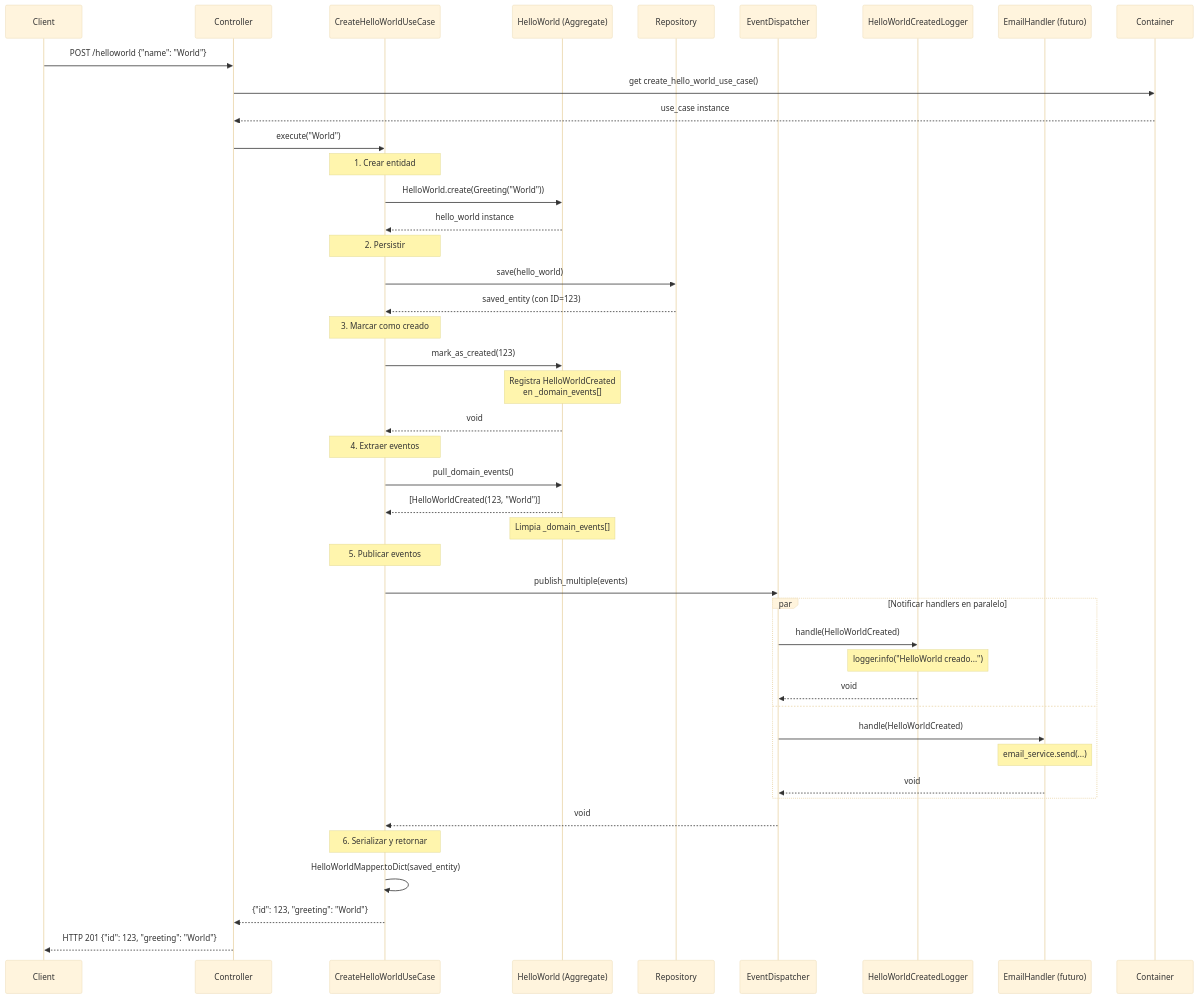
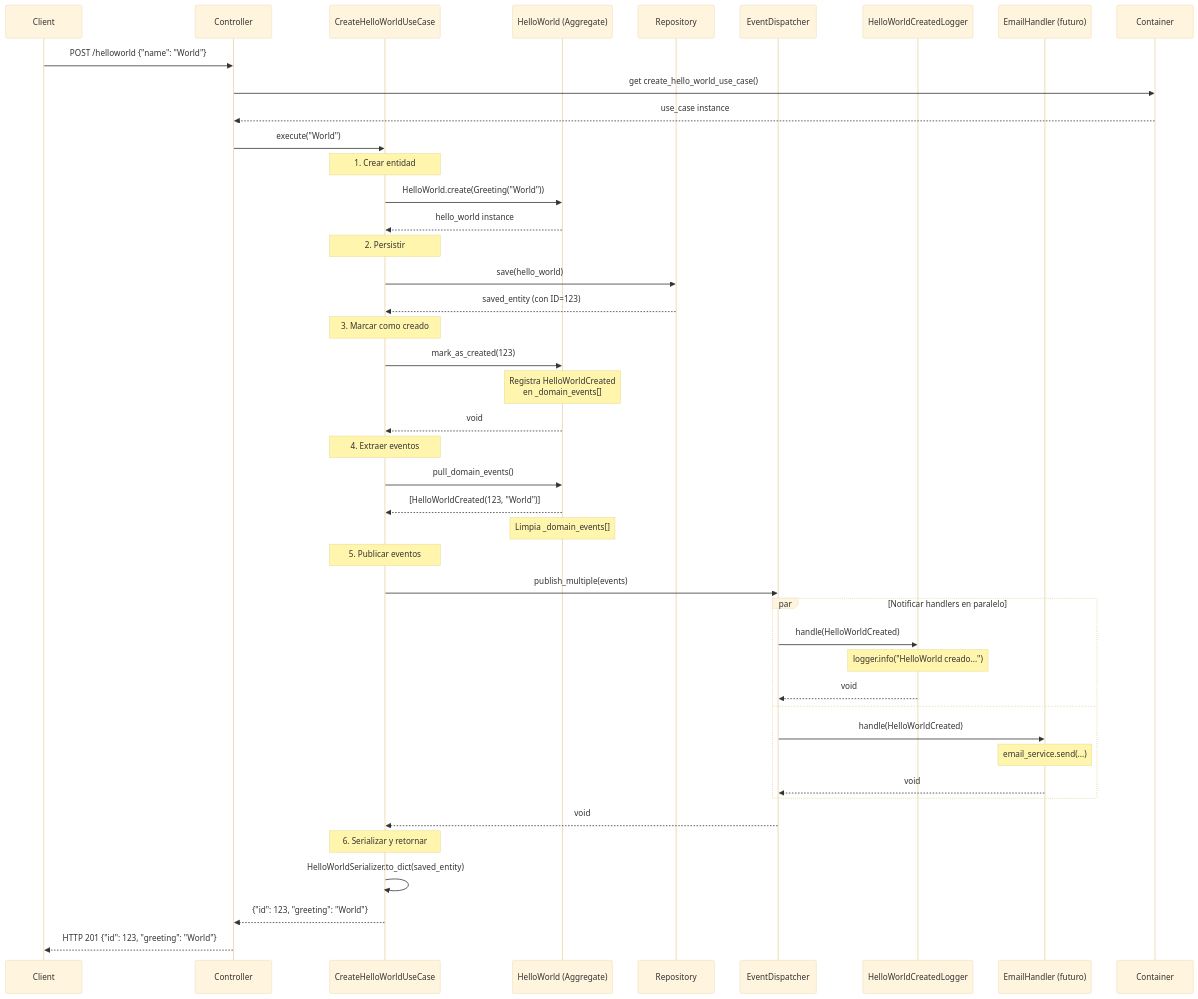
Before and after one commit to falces/pythonHEXDDD: the first of 8 diagrams in doc/DOMAIN_EVENTS_DIAGRAMS.md, drawn with Mermaid (base theme). The commit also changed 20 other files, not shown here.

Commit message:
FIX: Hexagonal architecture

````diff
--- a/doc/DOMAIN_EVENTS_DIAGRAMS.md
+++ b/doc/DOMAIN_EVENTS_DIAGRAMS.md
@@ -5,57 +5,57 @@
 ```mermaid
 sequenceDiagram
     participant Client
     participant Controller
     participant UseCase as CreateHelloWorldUseCase
     participant Entity as HelloWorld (Aggregate)
     participant Repository
     participant Dispatcher as EventDispatcher
     participant Handler1 as HelloWorldCreatedLogger
     participant Handler2 as EmailHandler (futuro)
 
     Client->>Controller: POST /helloworld {"name": "World"}
     
     Controller->>Container: get create_hello_world_use_case()
     Container-->>Controller: use_case instance
     
     Controller->>UseCase: execute("World")
     
     Note over UseCase: 1. Crear entidad
     UseCase->>Entity: HelloWorld.create(Greeting("World"))
     Entity-->>UseCase: hello_world instance
     
     Note over UseCase: 2. Persistir
     UseCase->>Repository: save(hello_world)
     Repository-->>UseCase: saved_entity (con ID=123)
     
     Note over UseCase: 3. Marcar como creado
     UseCase->>Entity: mark_as_created(123)
     Note over Entity: Registra HelloWorldCreated<br/>en _domain_events[]
     Entity-->>UseCase: void
     
     Note over UseCase: 4. Extraer eventos
     UseCase->>Entity: pull_domain_events()
     Entity-->>UseCase: [HelloWorldCreated(123, "World")]
     Note over Entity: Limpia _domain_events[]
     
     Note over UseCase: 5. Publicar eventos
     UseCase->>Dispatcher: publish_multiple(events)
     
     par Notificar handlers en paralelo
         Dispatcher->>Handler1: handle(HelloWorldCreated)
         Note over Handler1: logger.info("HelloWorld creado...")
         Handler1-->>Dispatcher: void
     and
         Dispatcher->>Handler2: handle(HelloWorldCreated)
         Note over Handler2: email_service.send(...)
         Handler2-->>Dispatcher: void
     end
     
     Dispatcher-->>UseCase: void
     
     Note over UseCase: 6. Serializar y retornar
-    UseCase->>UseCase: HelloWorldMapper.toDict(saved_entity)
+    UseCase->>UseCase: HelloWorldSerializer.to_dict(saved_entity)
     UseCase-->>Controller: {"id": 123, "greeting": "World"}
     
     Controller-->>Client: HTTP 201 {"id": 123, "greeting": "World"}
 ```
````
